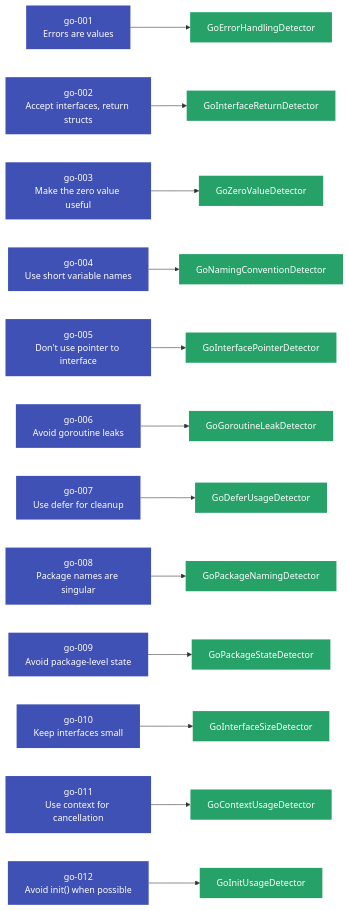
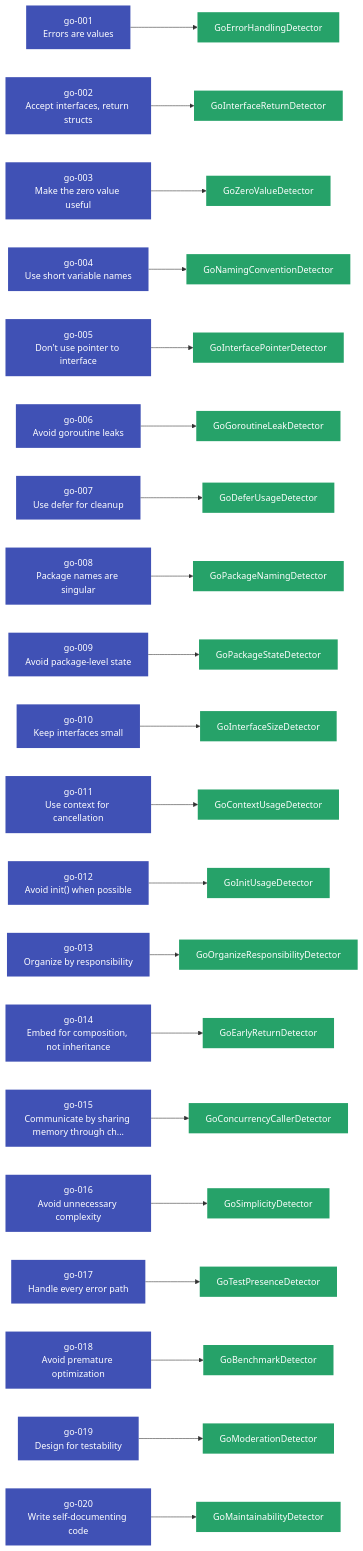
Before and after one commit to Anselmoo/mcp-zen-of-languages: the diagram in docs/user-guide/languages/go.md, drawn with Mermaid. The commit also changed other lines of this file and 25 other files, not shown here.

````diff
--- a/docs/user-guide/languages/go.md
+++ b/docs/user-guide/languages/go.md
@@ -289,10 +437,24 @@
     go_010["go-010<br/>Keep interfaces small"]
     go_011["go-011<br/>Use context for cancellation"]
     go_012["go-012<br/>Avoid init() when possible"]
+    go_013["go-013<br/>Organize by responsibility"]
+    go_014["go-014<br/>Embed for composition, not inheritance"]
+    go_015["go-015<br/>Communicate by sharing memory through ch..."]
+    go_016["go-016<br/>Avoid unnecessary complexity"]
+    go_017["go-017<br/>Handle every error path"]
+    go_018["go-018<br/>Avoid premature optimization"]
+    go_019["go-019<br/>Design for testability"]
+    go_020["go-020<br/>Write self-documenting code"]
+    det_GoBenchmarkDetector["GoBenchmarkDetector"]
+    go_018 --> det_GoBenchmarkDetector
+    det_GoConcurrencyCallerDetector["GoConcurrencyCallerDetector"]
+    go_015 --> det_GoConcurrencyCallerDetector
     det_GoContextUsageDetector["GoContextUsageDetector"]
     go_011 --> det_GoContextUsageDetector
     det_GoDeferUsageDetector["GoDeferUsageDetector"]
     go_007 --> det_GoDeferUsageDetector
+    det_GoEarlyReturnDetector["GoEarlyReturnDetector"]
+    go_014 --> det_GoEarlyReturnDetector
     det_GoErrorHandlingDetector["GoErrorHandlingDetector"]
     go_001 --> det_GoErrorHandlingDetector
     det_GoGoroutineLeakDetector["GoGoroutineLeakDetector"]
@@ -305,12 +467,22 @@
     go_002 --> det_GoInterfaceReturnDetector
     det_GoInterfaceSizeDetector["GoInterfaceSizeDetector"]
     go_010 --> det_GoInterfaceSizeDetector
+    det_GoMaintainabilityDetector["GoMaintainabilityDetector"]
+    go_020 --> det_GoMaintainabilityDetector
+    det_GoModerationDetector["GoModerationDetector"]
+    go_019 --> det_GoModerationDetector
     det_GoNamingConventionDetector["GoNamingConventionDetector"]
     go_004 --> det_GoNamingConventionDetector
+    det_GoOrganizeResponsibilityDetector["GoOrganizeResponsibilityDetector"]
+    go_013 --> det_GoOrganizeResponsibilityDetector
     det_GoPackageNamingDetector["GoPackageNamingDetector"]
     go_008 --> det_GoPackageNamingDetector
     det_GoPackageStateDetector["GoPackageStateDetector"]
     go_009 --> det_GoPackageStateDetector
+    det_GoSimplicityDetector["GoSimplicityDetector"]
+    go_016 --> det_GoSimplicityDetector
+    det_GoTestPresenceDetector["GoTestPresenceDetector"]
+    go_017 --> det_GoTestPresenceDetector
     det_GoZeroValueDetector["GoZeroValueDetector"]
     go_003 --> det_GoZeroValueDetector
     classDef principle fill:#4051b5,color:#fff,stroke:none
@@ -327,16 +499,32 @@
     class go_010 principle
     class go_011 principle
     class go_012 principle
+    class go_013 principle
+    class go_014 principle
+    class go_015 principle
+    class go_016 principle
+    class go_017 principle
+    class go_018 principle
+    class go_019 principle
+    class go_020 principle
+    class det_GoBenchmarkDetector detector
+    class det_GoConcurrencyCallerDetector detector
     class det_GoContextUsageDetector detector
     class det_GoDeferUsageDetector detector
+    class det_GoEarlyReturnDetector detector
     class det_GoErrorHandlingDetector detector
     class det_GoGoroutineLeakDetector detector
     class det_GoInitUsageDetector detector
     class det_GoInterfacePointerDetector detector
     class det_GoInterfaceReturnDetector detector
     class det_GoInterfaceSizeDetector detector
+    class det_GoMaintainabilityDetector detector
+    class det_GoModerationDetector detector
     class det_GoNamingConventionDetector detector
+    class det_GoOrganizeResponsibilityDetector detector
     class det_GoPackageNamingDetector detector
     class det_GoPackageStateDetector detector
+    class det_GoSimplicityDetector detector
+    class det_GoTestPresenceDetector detector
     class det_GoZeroValueDetector detector
     ```
````
